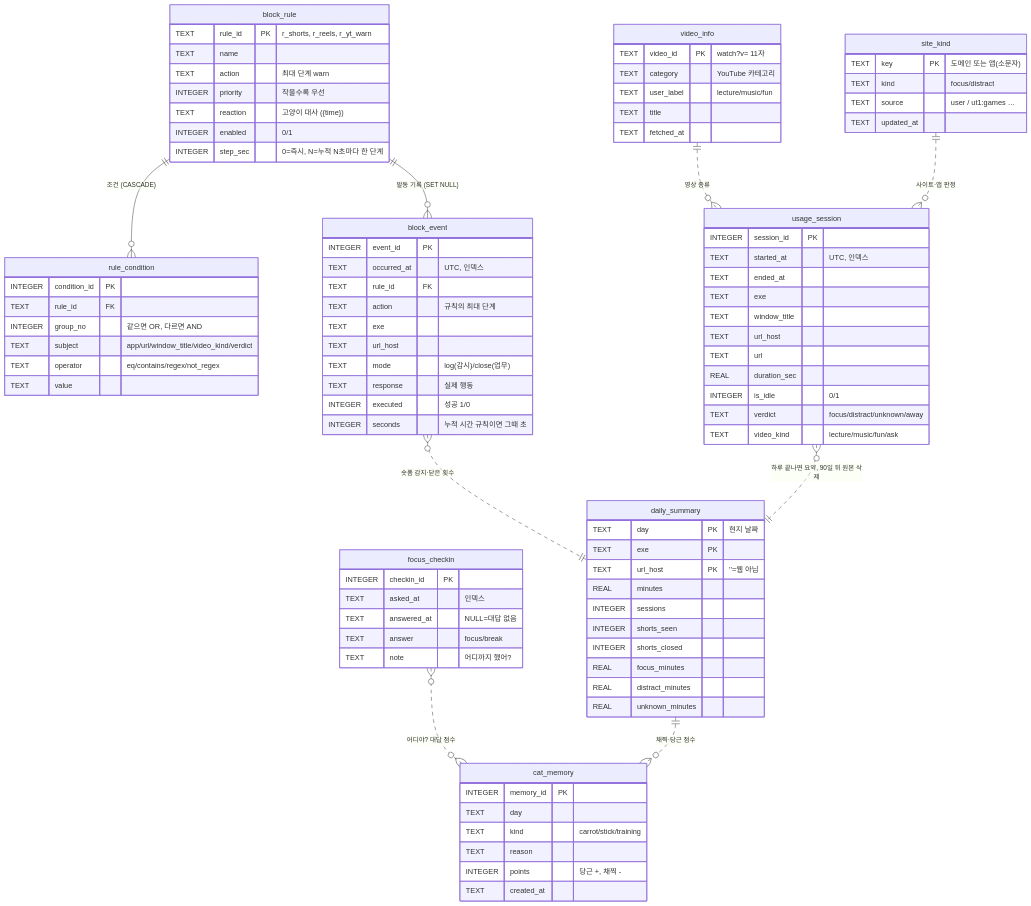
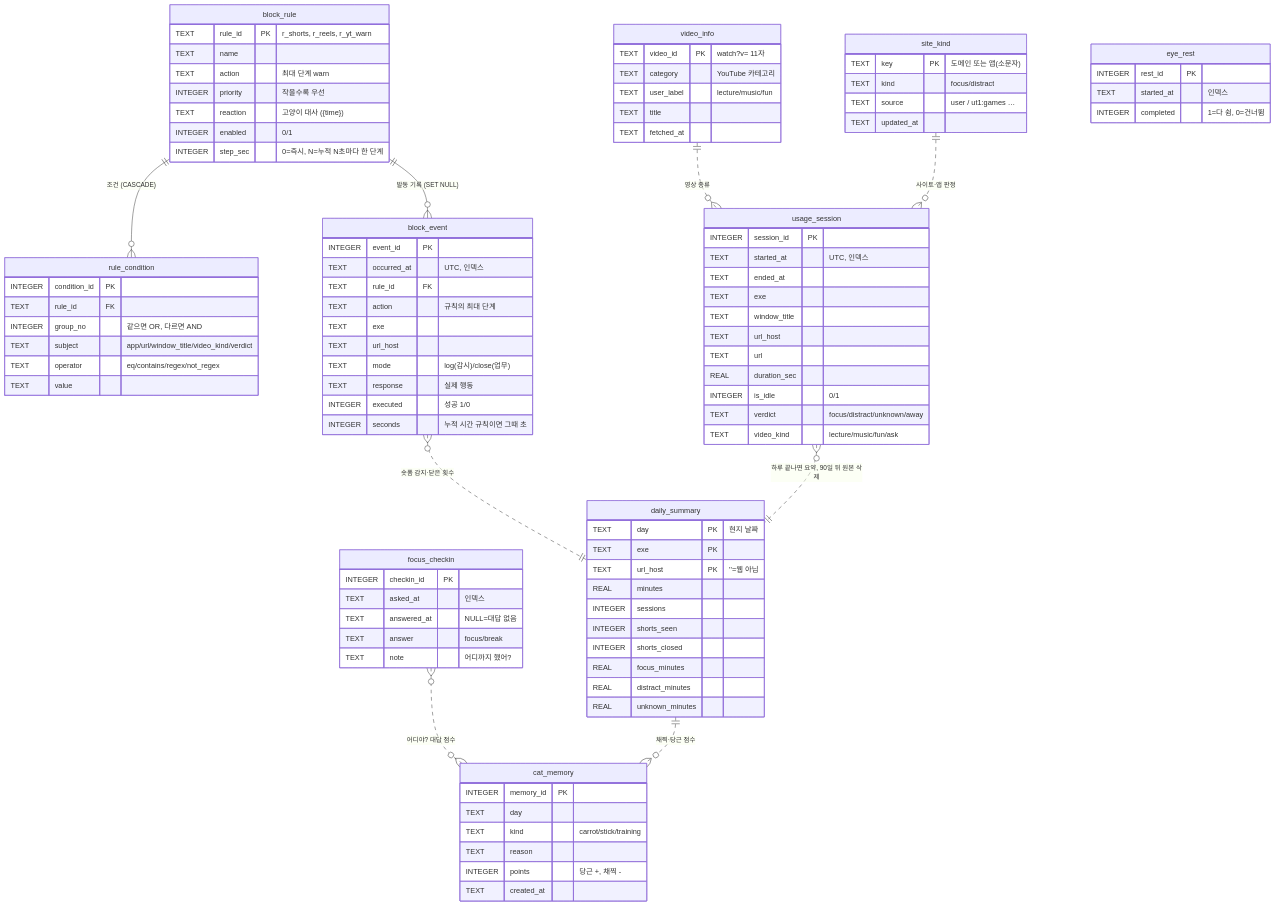
Before and after one commit to lyw012012-cpu/cat-cat: the diagram in 설계/sqlite(db설계도).md, drawn with Mermaid. The commit also changed other lines of this file and 3 other files, not shown here.

```diff
--- a/설계/sqlite(db설계도).md
+++ b/설계/sqlite(db설계도).md
@@ -91,6 +91,11 @@
         REAL distract_minutes
         REAL unknown_minutes
     }
+    eye_rest {
+        INTEGER rest_id PK
+        TEXT started_at "인덱스"
+        INTEGER completed "1=다 쉼, 0=건너뜀"
+    }
     cat_memory {
         INTEGER memory_id PK
         TEXT day
```
